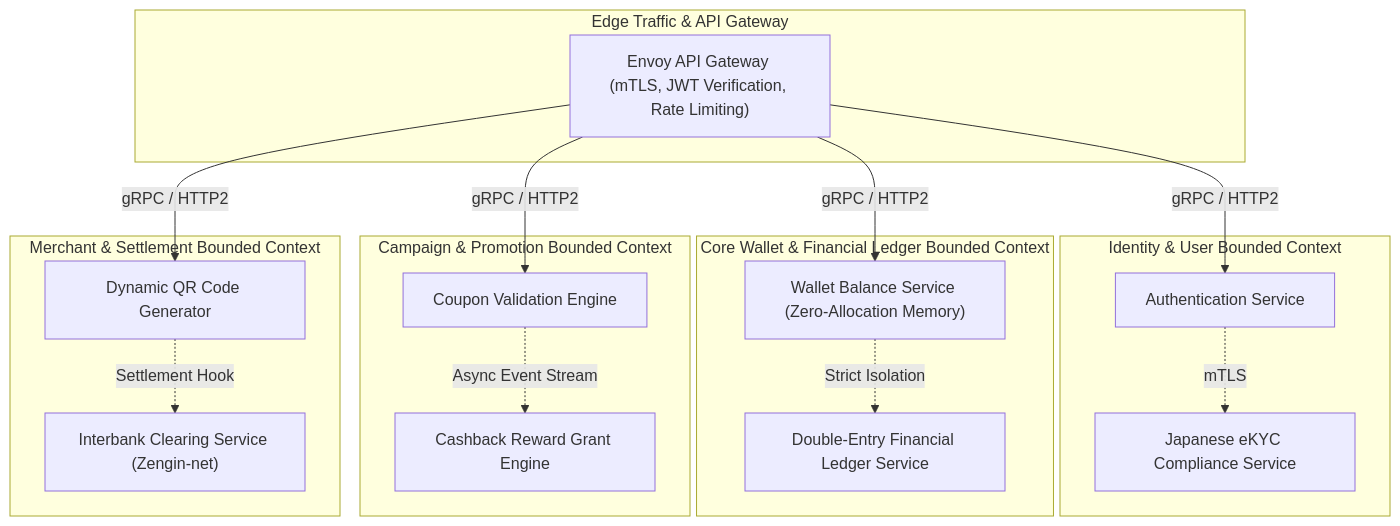
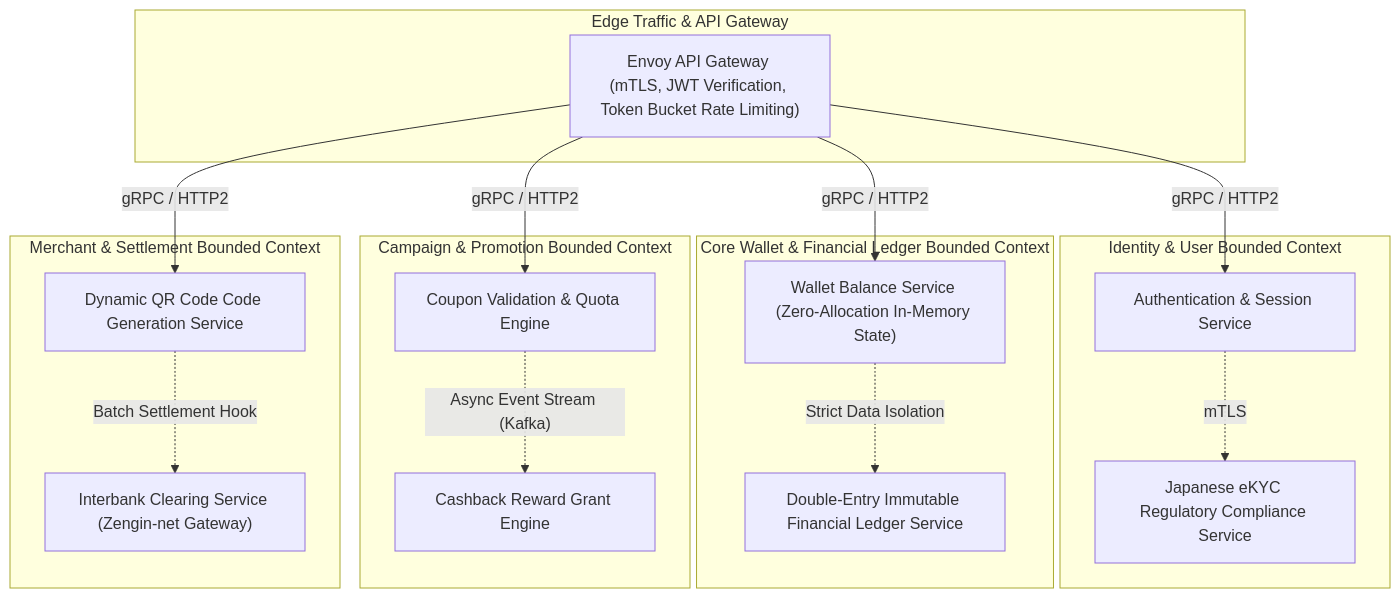
Before and after one commit to vesviet/vesviet: the first of 3 diagrams in content/series/paypay-architecture/part-1-microservices-gitops.md, drawn with Mermaid. The commit also changed other lines of this file and 36 other files, not shown here.

Commit message:
feat(sprint-2): upgrade paypay and shopee architecture series to 2027 SOTA masterclass

````diff
--- a/content/series/paypay-architecture/part-1-microservices-gitops.md
+++ b/content/series/paypay-architecture/part-1-microservices-gitops.md
@@ -38,36 +41,36 @@
 ```mermaid
 flowchart TD
     subgraph GatewayTier["Edge Traffic & API Gateway"]
-        APIGW["Envoy API Gateway (mTLS, JWT Verification, Rate Limiting)"]
+        APIGW["Envoy API Gateway (mTLS, JWT Verification, Token Bucket Rate Limiting)"]
     end
 
     subgraph UserDomain["Identity & User Bounded Context"]
-        SVC_AUTH["Authentication Service"]
-        SVC_KYC["Japanese eKYC Compliance Service"]
+        SVC_AUTH["Authentication & Session Service"]
+        SVC_KYC["Japanese eKYC Regulatory Compliance Service"]
     end
 
     subgraph WalletDomain["Core Wallet & Financial Ledger Bounded Context"]
-        SVC_WALLET["Wallet Balance Service (Zero-Allocation Memory)"]
-        SVC_LEDGER["Double-Entry Financial Ledger Service"]
+        SVC_WALLET["Wallet Balance Service (Zero-Allocation In-Memory State)"]
+        SVC_LEDGER["Double-Entry Immutable Financial Ledger Service"]
     end
 
     subgraph CampaignDomain["Campaign & Promotion Bounded Context"]
-        SVC_COUPON["Coupon Validation Engine"]
+        SVC_COUPON["Coupon Validation & Quota Engine"]
         SVC_REWARD["Cashback Reward Grant Engine"]
     end
 
     subgraph MerchantDomain["Merchant & Settlement Bounded Context"]
-        SVC_QR["Dynamic QR Code Generator"]
-        SVC_SETTLE["Interbank Clearing Service (Zengin-net)"]
+        SVC_QR["Dynamic QR Code Code Generation Service"]
+        SVC_SETTLE["Interbank Clearing Service (Zengin-net Gateway)"]
     end
 
     APIGW -->|gRPC / HTTP2| SVC_AUTH
     APIGW -->|gRPC / HTTP2| SVC_WALLET
     APIGW -->|gRPC / HTTP2| SVC_COUPON
     APIGW -->|gRPC / HTTP2| SVC_QR
 
     SVC_AUTH -. mTLS .-> SVC_KYC
-    SVC_WALLET -. Strict Isolation .-> SVC_LEDGER
-    SVC_COUPON -. Async Event Stream .-> SVC_REWARD
-    SVC_QR -. Settlement Hook .-> SVC_SETTLE
+    SVC_WALLET -. Strict Data Isolation .-> SVC_LEDGER
+    SVC_COUPON -. Async Event Stream (Kafka) .-> SVC_REWARD
+    SVC_QR -. Batch Settlement Hook .-> SVC_SETTLE
 ```
````
